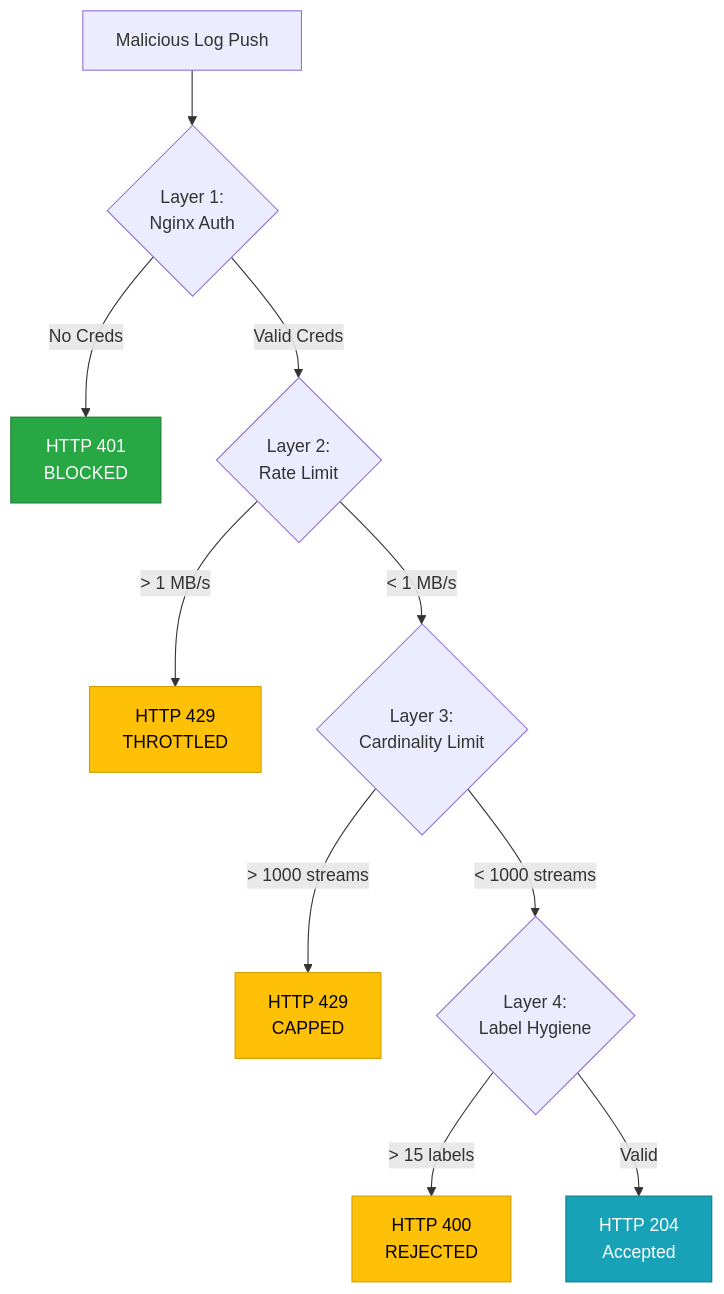
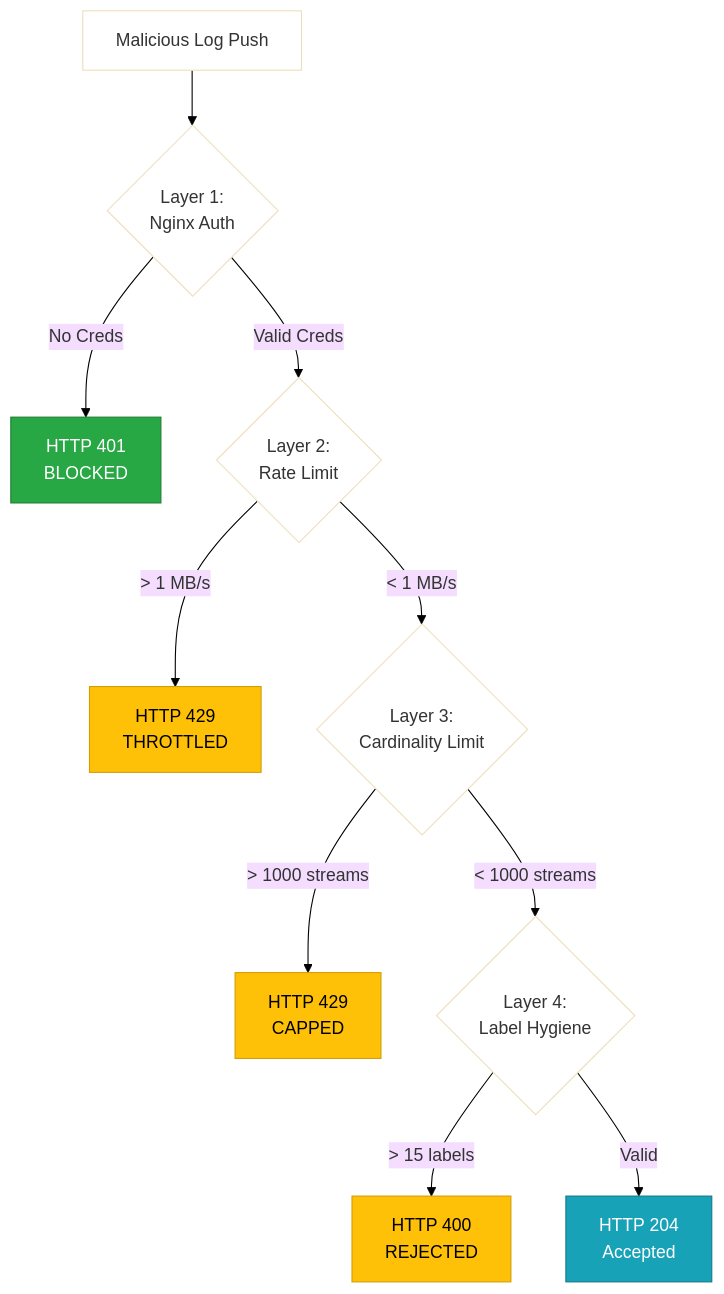
One commit to davidseitz/SichereDMZ changed the eighth of 8 diagrams in attacks/docs/LOKI_ATTACK_DOCUMENTATION.md. Above: the diagram before and after it, drawn with Mermaid.

Commit message:
Enhance LOKI attack documentation with flowchart
Added a flowchart to illustrate the defense-in-depth strategy against malicious log pushes.

````diff
--- a/attacks/docs/LOKI_ATTACK_DOCUMENTATION.md
+++ b/attacks/docs/LOKI_ATTACK_DOCUMENTATION.md
@@ -783,18 +783,19 @@
 ```mermaid
+%%{init: {'theme': 'base', 'themeVariables': { 'background': '#ffffff', 'mainBkg': '#ffffff'}}}%%
 flowchart TD
     A["Malicious Log Push"] --> B{"Layer 1:<br/>Nginx Auth"}
     B -->|"No Creds"| C["HTTP 401<br/>BLOCKED"]
     B -->|"Valid Creds"| D{"Layer 2:<br/>Rate Limit"}
     D -->|"> 1 MB/s"| E["HTTP 429<br/>THROTTLED"]
     D -->|"< 1 MB/s"| F{"Layer 3:<br/>Cardinality Limit"}
     F -->|"> 1000 streams"| G["HTTP 429<br/>CAPPED"]
     F -->|"< 1000 streams"| H{"Layer 4:<br/>Label Hygiene"}
     H -->|"> 15 labels"| I["HTTP 400<br/>REJECTED"]
     H -->|"Valid"| J["HTTP 204<br/>Accepted"]
     
     style C fill:#28a745,stroke:#1e7e34,color:white
     style E fill:#ffc107,stroke:#d39e00,color:black
     style G fill:#ffc107,stroke:#d39e00,color:black
     style I fill:#ffc107,stroke:#d39e00,color:black
     style J fill:#17a2b8,stroke:#117a8b,color:white
 ```
````
